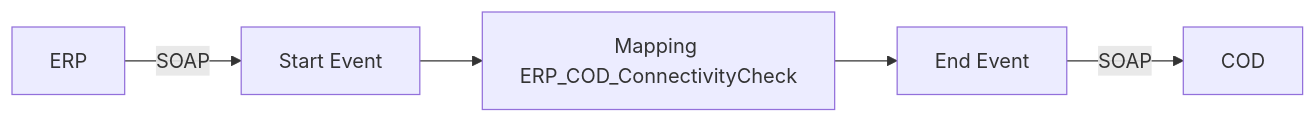
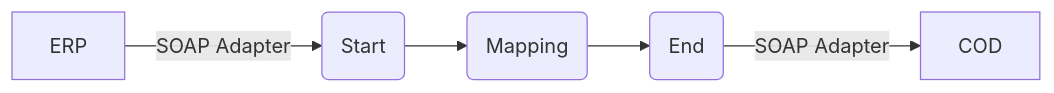
Before and after one commit to Avvale-IA-CICD/AvvaleCPI: the diagram in MMZ - Cell Iflows/Check_Connectivity_from_SAP_Business_Suite_MMZ-1.0.3/readme.md, drawn with Mermaid. The commit also changed other lines of this file, not shown here.

Commit message:
Add/update documentation for Check_Connectivity_from_SAP_Business_Suite_MMZ v1.0.3

````diff
--- a/MMZ - Cell Iflows/Check_Connectivity_from_SAP_Business_Suite_MMZ-1.0.3/readme.md
+++ b/MMZ - Cell Iflows/Check_Connectivity_from_SAP_Business_Suite_MMZ-1.0.3/readme.md
@@ -4,7 +4,7 @@
 ```mermaid
 graph LR
-    ERP[ERP] -->|SOAP| StartEvent
-    StartEvent[Start Event] --> Mapping
-    Mapping[Mapping ERP_COD_ConnectivityCheck] --> EndEvent
-    EndEvent[End Event] -->|SOAP| COD[COD]
+    ERP[ERP] -->|SOAP Adapter| StartEvent(Start)
+    StartEvent --> Mapping(Mapping)
+    Mapping --> EndEvent(End)
+    EndEvent -->|SOAP Adapter| COD[COD]
 ```
````
